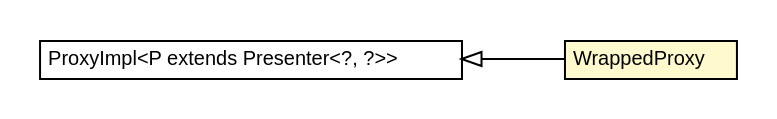
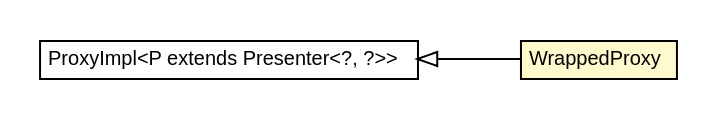
Before and after one commit to ArcBees/GWTP: the diagram in javadoc/apidocs/com/gwtplatform/carstore/client/application/cars/car/CarProxyImpl.WrappedProxy.dot, drawn with Graphviz. The commit also changed 2699 other files, not shown here.

```diff
--- a/javadoc/apidocs/com/gwtplatform/carstore/client/application/cars/car/CarProxyImpl.WrappedProxy.dot
+++ b/javadoc/apidocs/com/gwtplatform/carstore/client/application/cars/car/CarProxyImpl.WrappedProxy.dot
@@ -1,27 +1,27 @@
 #!/usr/local/bin/dot
 #
 # Class diagram 
 # Generated by UMLGraph version R5_6-24-gf6e263 (http://www.umlgraph.org/)
 #
 
 digraph G {
-	edge [fontname="Helvetica",fontsize=10,labelfontname="Helvetica",labelfontsize=10];
-	node [fontname="Helvetica",fontsize=10,shape=plaintext];
+	edge [fontname="arial",fontsize=10,labelfontname="arial",labelfontsize=10];
+	node [fontname="arial",fontsize=10,shape=plaintext];
 	nodesep=0.25;
 	ranksep=0.5;
 	rankdir=LR;
 	// com.gwtplatform.mvp.client.proxy.ProxyImpl<P extends com.gwtplatform.mvp.client.Presenter<?, ?>>
-	c118060 [label=<<table title="com.gwtplatform.mvp.client.proxy.ProxyImpl" border="0" cellborder="1" cellspacing="0" cellpadding="2" port="p" href="../../../../../mvp/client/proxy/ProxyImpl.html">
+	c167023 [label=<<table title="com.gwtplatform.mvp.client.proxy.ProxyImpl" border="0" cellborder="1" cellspacing="0" cellpadding="2" port="p" href="../../../../../mvp/client/proxy/ProxyImpl.html">
 		<tr><td><table border="0" cellspacing="0" cellpadding="1">
 <tr><td align="center" balign="center"> ProxyImpl&lt;P extends Presenter&lt;?, ?&gt;&gt; </td></tr>
 		</table></td></tr>
-		</table>>, URL="../../../../../mvp/client/proxy/ProxyImpl.html", fontname="Helvetica", fontcolor="black", fontsize=10.0];
+		</table>>, URL="../../../../../mvp/client/proxy/ProxyImpl.html", fontname="arial", fontcolor="black", fontsize=10.0];
 	// com.gwtplatform.carstore.client.application.cars.car.CarProxyImpl.WrappedProxy
-	c118390 [label=<<table title="com.gwtplatform.carstore.client.application.cars.car.CarProxyImpl.WrappedProxy" border="0" cellborder="1" cellspacing="0" cellpadding="2" port="p" bgcolor="lemonChiffon" href="./CarProxyImpl.WrappedProxy.html">
+	c167276 [label=<<table title="com.gwtplatform.carstore.client.application.cars.car.CarProxyImpl.WrappedProxy" border="0" cellborder="1" cellspacing="0" cellpadding="2" port="p" bgcolor="lemonChiffon" href="./CarProxyImpl.WrappedProxy.html">
 		<tr><td><table border="0" cellspacing="0" cellpadding="1">
 <tr><td align="center" balign="center"> WrappedProxy </td></tr>
 		</table></td></tr>
-		</table>>, URL="./CarProxyImpl.WrappedProxy.html", fontname="Helvetica", fontcolor="black", fontsize=10.0];
+		</table>>, URL="./CarProxyImpl.WrappedProxy.html", fontname="arial", fontcolor="black", fontsize=10.0];
 	//com.gwtplatform.carstore.client.application.cars.car.CarProxyImpl.WrappedProxy extends com.gwtplatform.mvp.client.proxy.ProxyImpl<com.gwtplatform.carstore.client.application.cars.car.CarPresenter>
-	c118060:p -> c118390:p [dir=back,arrowtail=empty];
+	c167023:p -> c167276:p [dir=back,arrowtail=empty];
 }
```
